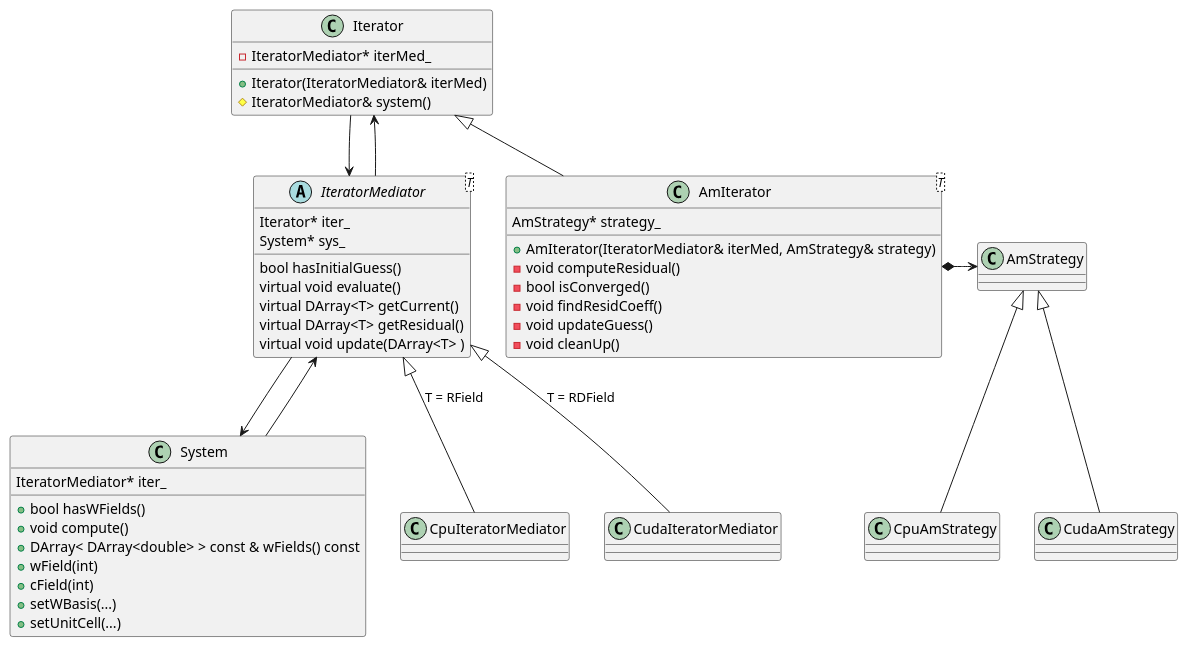
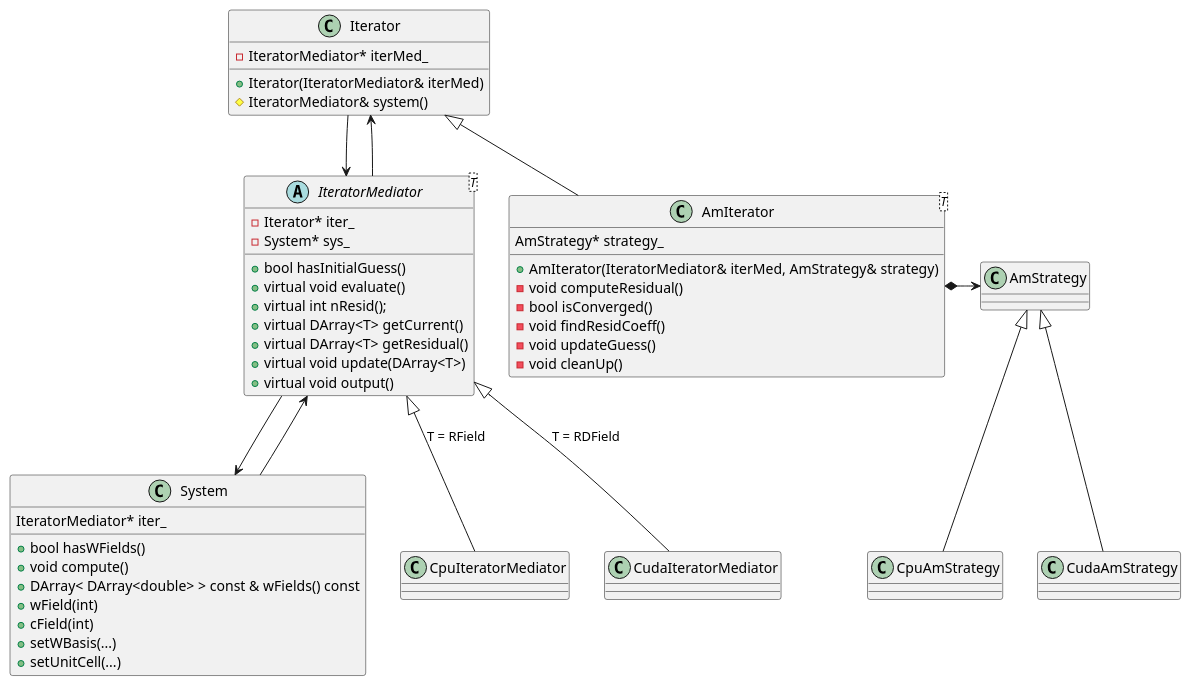
The diagram in src/draft/diagrams/AmIterator_new.wsd (dmorse/pscfpp), drawn with PlantUML before and after one commit. The commit also changed 15 other files, not shown here.

Commit message:
Progress with IteratorMediator and AmStrategy abstract classes and concrete inheritors.

```diff
--- a/src/draft/diagrams/AmIterator_new.wsd
+++ b/src/draft/diagrams/AmIterator_new.wsd
@@ -1,119 +1,121 @@
 @startuml
 
 class System
 System : IteratorMediator* iter_
 
 System : + bool hasWFields()
 System : + void compute()
 System : + DArray< DArray<double> > const & wFields() const
 System : + wField(int)
 System : + cField(int)
 System : + setWBasis(...)
 System : + setUnitCell(...)
 
 ' class UnitCell
 ' UnitCell : + int nParameter()
 ' UnitCell : + FSArray<double, 6> parameters() const
 
 ' class Mixture
 ' Mixture : + int nMonomer()
 ' Mixture : + void computeStress()
 ' Mixture : + double stress(int nParameter)
 
 ' class Basis
 ' Basis : + int nBasis()
 
 ' class Interaction
 ' Interaction : + chi(int, int)
 ' Interaction : + idemp(int, int)
 
 class AmStrategy 
 class CpuAmStrategy
 class CudaAmStrategy
 
 abstract class IteratorMediator<T>
-IteratorMediator : Iterator* iter_
-IteratorMediator : System* sys_
-IteratorMediator : bool hasInitialGuess()
+IteratorMediator : - Iterator* iter_
+IteratorMediator : - System* sys_
+IteratorMediator : + bool hasInitialGuess()
 ' perhaps evaluate should actually return something? this might be more general. hmmm.
-IteratorMediator : virtual void evaluate()
-IteratorMediator : virtual DArray<T> getCurrent()
-IteratorMediator : virtual DArray<T> getResidual()
-IteratorMediator : virtual void update(DArray<T> )
+IteratorMediator : + virtual void evaluate()
+IteratorMediator : + virtual int nResid();
+IteratorMediator : + virtual DArray<T> getCurrent()
+IteratorMediator : + virtual DArray<T> getResidual()
+IteratorMediator : + virtual void update(DArray<T>)
+IteratorMediator : + virtual void output()
 
 class CpuIteratorMediator
 class CudaIteratorMediator
 
 class Iterator
 ' Iterator public
 Iterator : + Iterator(IteratorMediator& iterMed)
 ' Iterator : + virtual void setup() = 0
 ' Iterator : + virtual int solve() = 0
 ' Iterator : + bool isFlexible() const
 ' ' Iterator protected 
 ' Iterator : # bool isFlexible_
 Iterator : # IteratorMediator& system()
 ' Iterator private
 Iterator : - IteratorMediator* iterMed_
 
 
 
 class AmIterator<T>
 AmIterator : + AmIterator(IteratorMediator& iterMed, AmStrategy& strategy)
 ' AmIterator : + ~AmIterator()
 ' AmIterator : + void readParameters(std::istream& in)
 ' AmIterator : + void setup()
 ' AmIterator : + int solve()
 ' AmIterator : + double epsilon()
 ' AmIterator : + int maxHist()
 ' AmIterator : + int maxItr()
 ' AmIterator : - double epsilon_
 ' AmIterator : - std::string errorType_
 ' AmIterator : - int shift_
 ' AmIterator : - double lambda_
 ' AmIterator : - int nHist_
 ' AmIterator : - int maxHist_
 ' AmIterator : - int maxItr_
 ' AmIterator : - int nResid_ 
 ' AmIterator : - RingBuffer< DArray < DArray<double> > > resHists_
 ' AmIterator : - RingBuffer< DArray < DArray<double> > > fieldHists_
 ' AmIterator : - DMatrix<double> U_
 ' AmIterator : - DArray<double> coeffs_
 ' AmIterator : - DArray<double> v_
 ' AmIterator : - DArray<DArray <double> > fieldArrays_
 ' AmIterator : - DArray<DArray <double> > dArrays_
 ' AmIterator : - DArray< DArray<double> > resArrays_
 AmIterator : AmStrategy* strategy_
 AmIterator : - void computeResidual()
 AmIterator : - bool isConverged()
 AmIterator : - void findResidCoeff()
 AmIterator : - void updateGuess()
 AmIterator : - void cleanUp()
 
 ' Inheritance and subclassing 
 Iterator <|-- AmIterator
 IteratorMediator <|-- CpuIteratorMediator : T = RField
 IteratorMediator <|-- CudaIteratorMediator : T = RDField
 AmStrategy <|-- CpuAmStrategy 
 AmStrategy <|-- CudaAmStrategy
 
 ' References
 AmIterator *-> AmStrategy
 IteratorMediator --> Iterator
 Iterator --> IteratorMediator
 IteratorMediator --> System
 System --> IteratorMediator
 ' Domain --> UnitCell
 ' Domain --> Basis
 ' System --> Interaction
 ' System --> Polymer
 
 
 ' Composition
 
 ' System *-> Domain 
 ' System *-> Mixture
 
 
 
 @enduml
```
